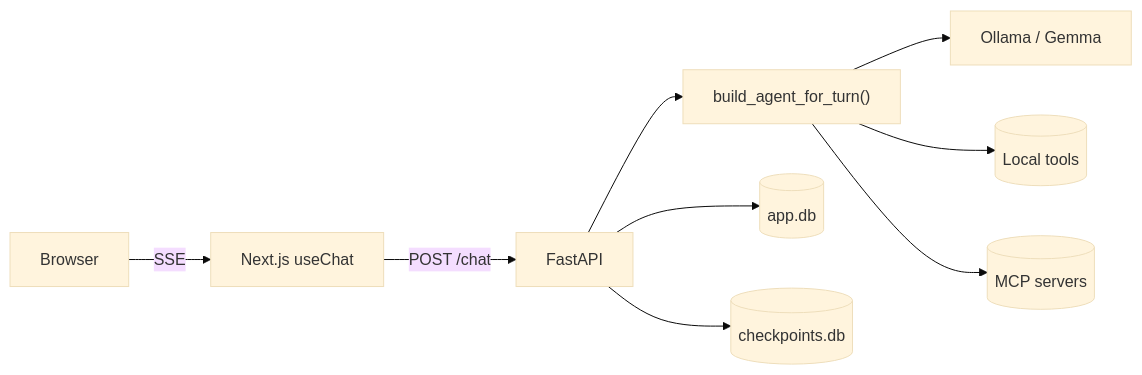
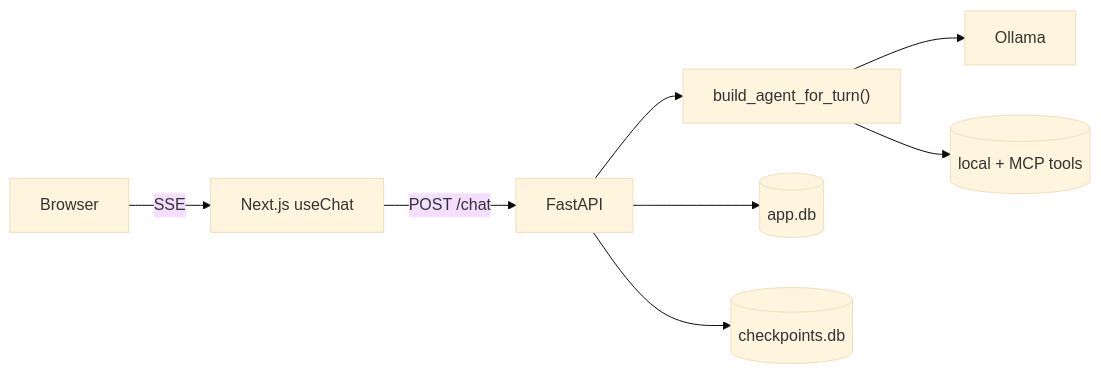
Before and after one commit to miskibin/local-code: the diagram in docs/src/content/docs/overview.md, drawn with Mermaid (base theme). The commit also changed other lines of this file and 17 other files, not shown here.

````diff
--- a/docs/src/content/docs/overview.md
+++ b/docs/src/content/docs/overview.md
@@ -18,11 +15,10 @@
 ```mermaid
 flowchart LR
-    User[Browser] -- SSE --> Frontend[Next.js useChat]
-    Frontend -- POST /chat --> Backend[FastAPI]
-    Backend --> Agent["build_agent_for_turn()"]
-    Agent --> LLM[Ollama / Gemma]
-    Agent --> Tools[(Local tools)]
-    Agent --> MCP[(MCP servers)]
-    Backend --> AppDB[(app.db)]
-    Backend --> CheckpointDB[(checkpoints.db)]
+    User[Browser] -- SSE --> FE[Next.js useChat]
+    FE -- POST /chat --> BE[FastAPI]
+    BE --> Agent["build_agent_for_turn()"]
+    Agent --> LLM[Ollama]
+    Agent --> Tools[(local + MCP tools)]
+    BE --> AppDB[(app.db)]
+    BE --> CK[(checkpoints.db)]
 ```
````
